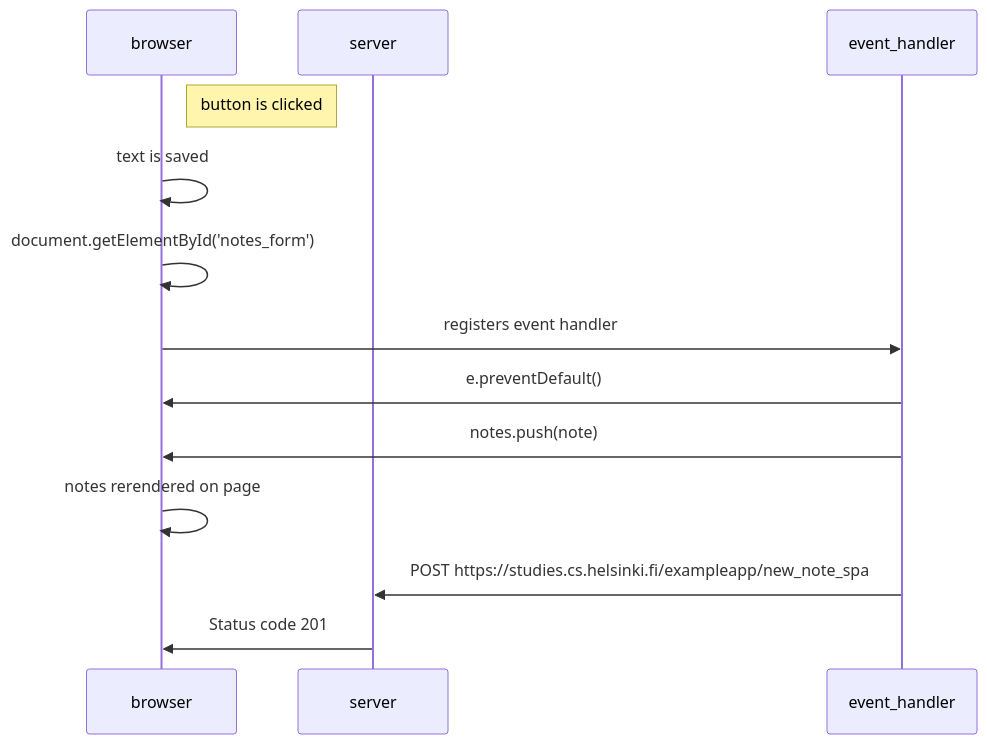
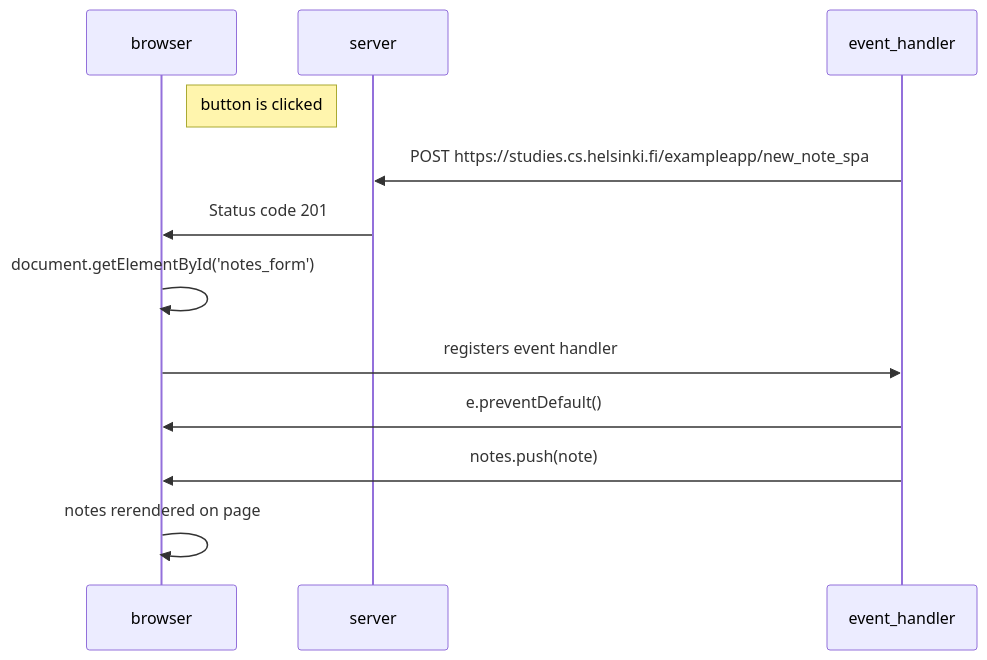
One commit to jtrussell10/fso-part-0 changed the diagram in 0_6.md. Above: the diagram before and after it, drawn with Mermaid.

Commit message:
v2 Possible final tests of Mermaid

````diff
--- a/0_6.md
+++ b/0_6.md
@@ -1,17 +1,16 @@
 ```mermaid
 sequenceDiagram
     participant browser
     participant server
     participant event_handler
 
     Note right of browser: button is clicked
-    browser->>browser: text is saved
+    event_handler->>server: POST https://studies.cs.helsinki.fi/exampleapp/new_note_spa
+    server->>browser: Status code 201
     browser->>browser: document.getElementById('notes_form') 
     browser->>event_handler: registers event handler
     event_handler->>browser: e.preventDefault()
     event_handler->>browser: notes.push(note)
     browser->>browser: notes rerendered on page
-    event_handler->>server: POST https://studies.cs.helsinki.fi/exampleapp/new_note_spa
-    server->>browser: Status code 201
 
 ```
````
